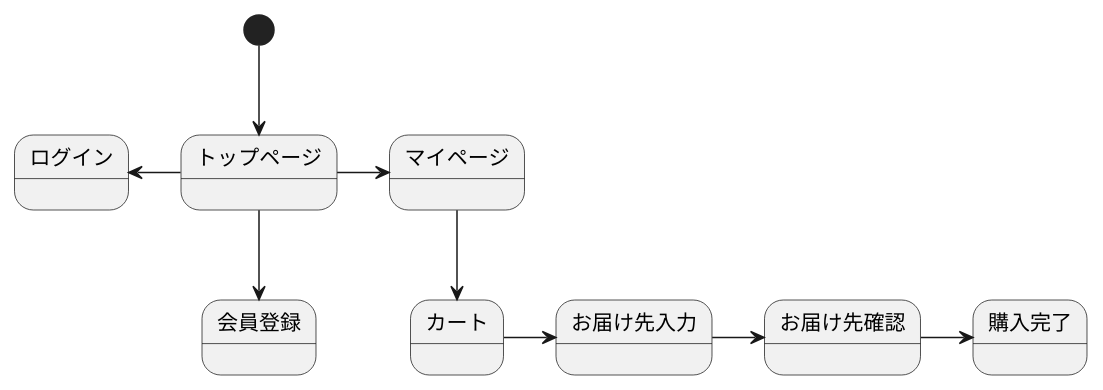
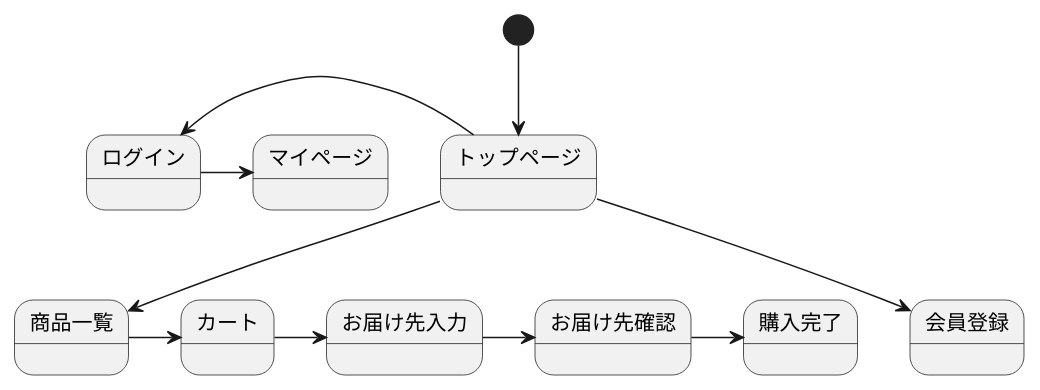
One commit to Aso2001163/2021sys-design-2 changed the diagram in stm01.md. Above: the diagram before and after it, drawn with PlantUML.

````diff
--- a/stm01.md
+++ b/stm01.md
@@ -1,12 +1,13 @@
 ```uml
 @startuml
 [*] --> トップページ
 トップページ -down-> 会員登録  
 トップページ -left-> ログイン
-トップページ -> マイページ
-マイページ --> カート
+ログイン -> マイページ
+トップページ --> 商品一覧
+商品一覧 -> カート
 カート -> お届け先入力
 お届け先入力 -> お届け先確認
 お届け先確認 -> 購入完了
 @enduml
 ```
````
